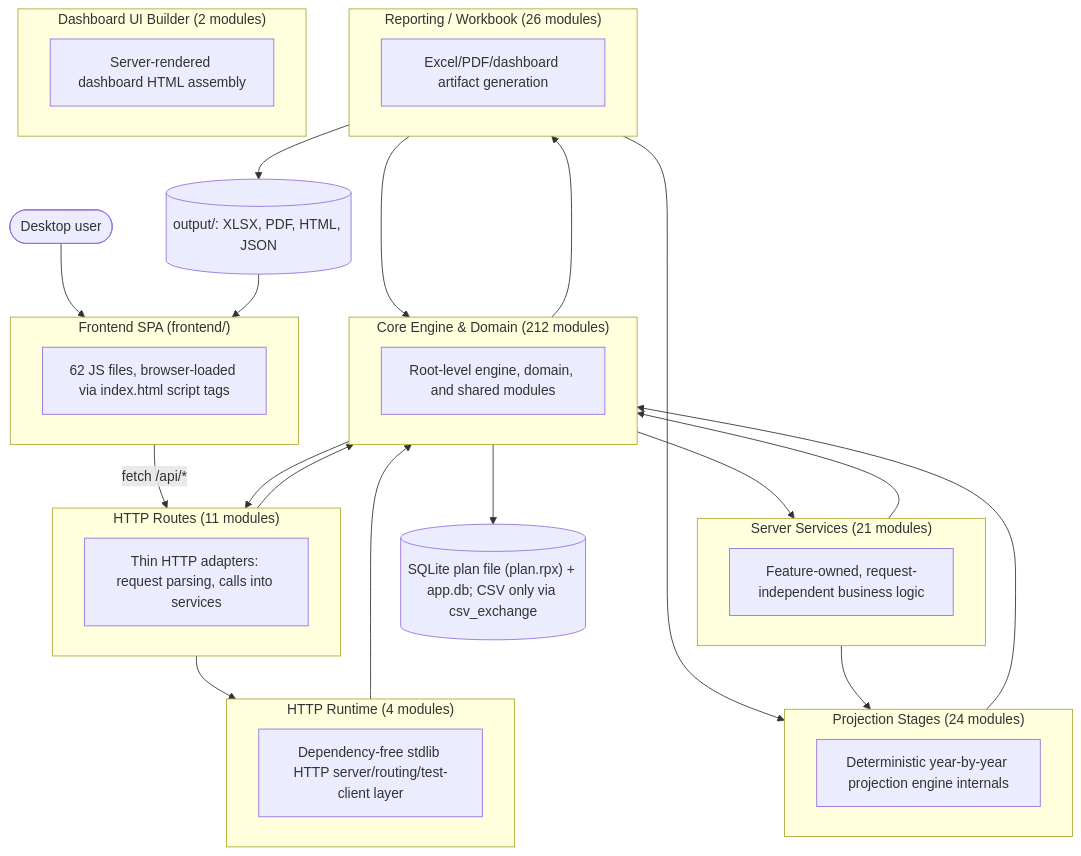
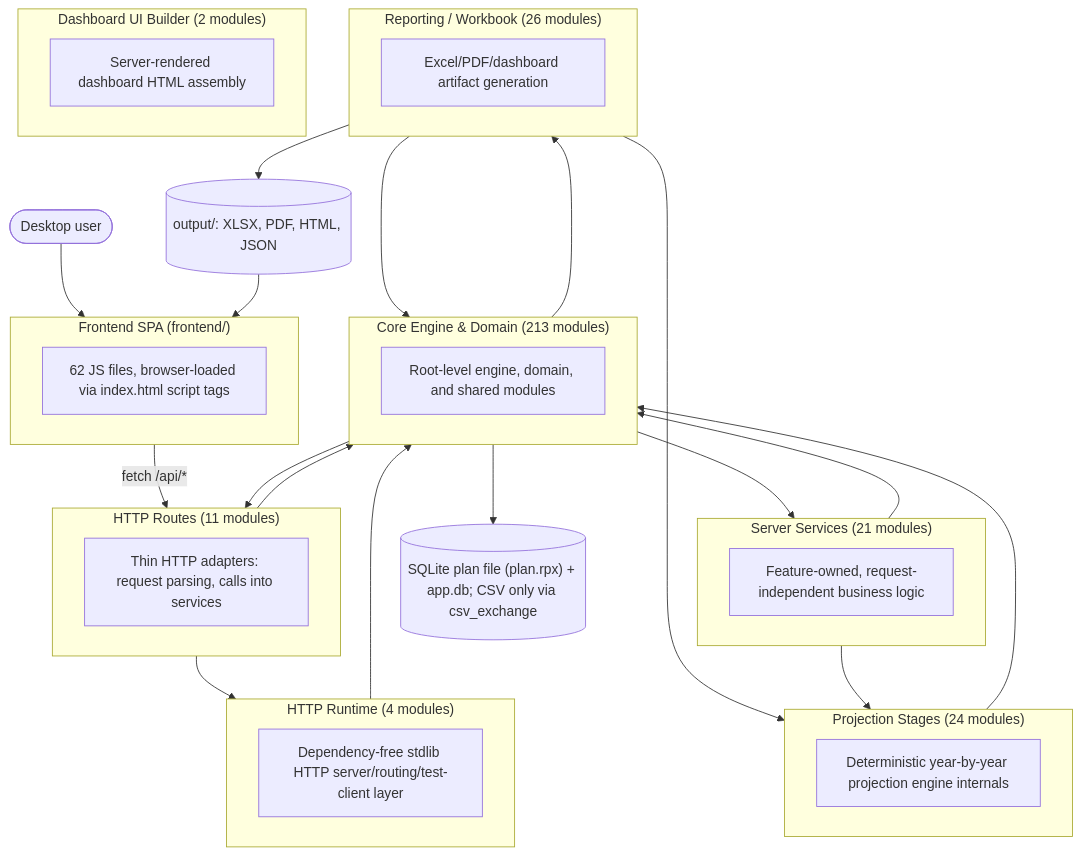
The first of 2 diagrams in documentation/reference/SYSTEM_ARCHITECTURE_DIAGRAM.md (matthartzman/retirement_system), drawn with Mermaid before and after one commit. The commit also changed other lines of this file and 3 other files, not shown here.

````diff
--- a/documentation/reference/SYSTEM_ARCHITECTURE_DIAGRAM.md
+++ b/documentation/reference/SYSTEM_ARCHITECTURE_DIAGRAM.md
@@ -11,43 +11,43 @@
 ```mermaid
 flowchart TB
     User(["Desktop user"]) --> FE
     subgraph FE["Frontend SPA (frontend/)"]
         FEcount["62 JS files, browser-loaded via index.html script tags"]
     end
     FE -->|fetch /api/*| L_HTTP_Routes
     subgraph L_HTTP_Routes["HTTP Routes (11 modules)"]
         L_HTTP_Routes_d["Thin HTTP adapters: request parsing, calls into services"]
     end
     subgraph L_Server_Services["Server Services (21 modules)"]
         L_Server_Services_d["Feature-owned, request-independent business logic"]
     end
     subgraph L_HTTP_Runtime["HTTP Runtime (4 modules)"]
         L_HTTP_Runtime_d["Dependency-free stdlib HTTP server/routing/test-client layer"]
     end
-    subgraph L_Core_Engine___Domain["Core Engine & Domain (212 modules)"]
+    subgraph L_Core_Engine___Domain["Core Engine & Domain (213 modules)"]
         L_Core_Engine___Domain_d["Root-level engine, domain, and shared modules"]
     end
     subgraph L_Projection_Stages["Projection Stages (24 modules)"]
         L_Projection_Stages_d["Deterministic year-by-year projection engine internals"]
     end
     subgraph L_Reporting___Workbook["Reporting / Workbook (26 modules)"]
         L_Reporting___Workbook_d["Excel/PDF/dashboard artifact generation"]
     end
     subgraph L_Dashboard_UI_Builder["Dashboard UI Builder (2 modules)"]
         L_Dashboard_UI_Builder_d["Server-rendered dashboard HTML assembly"]
     end
     L_Core_Engine___Domain --> L_HTTP_Routes
     L_Core_Engine___Domain --> L_Reporting___Workbook
     L_Core_Engine___Domain --> L_Server_Services
     L_HTTP_Routes --> L_Core_Engine___Domain
     L_HTTP_Routes --> L_HTTP_Runtime
     L_HTTP_Runtime --> L_Core_Engine___Domain
     L_Projection_Stages --> L_Core_Engine___Domain
     L_Reporting___Workbook --> L_Core_Engine___Domain
     L_Reporting___Workbook --> L_Projection_Stages
     L_Server_Services --> L_Core_Engine___Domain
     L_Server_Services --> L_Projection_Stages
     L_Core_Engine___Domain --> DB[("SQLite plan file (plan.rpx) + app.db; CSV only via csv_exchange")]
     L_Reporting___Workbook --> Outputs[("output/: XLSX, PDF, HTML, JSON")]
     Outputs --> FE
 ```
````
